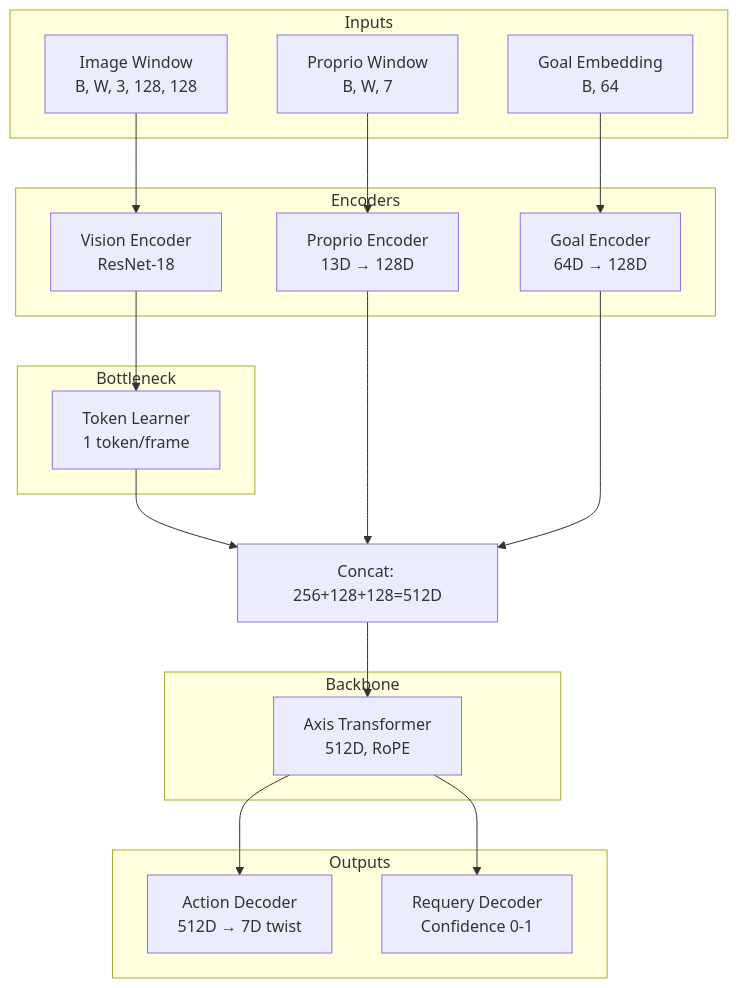
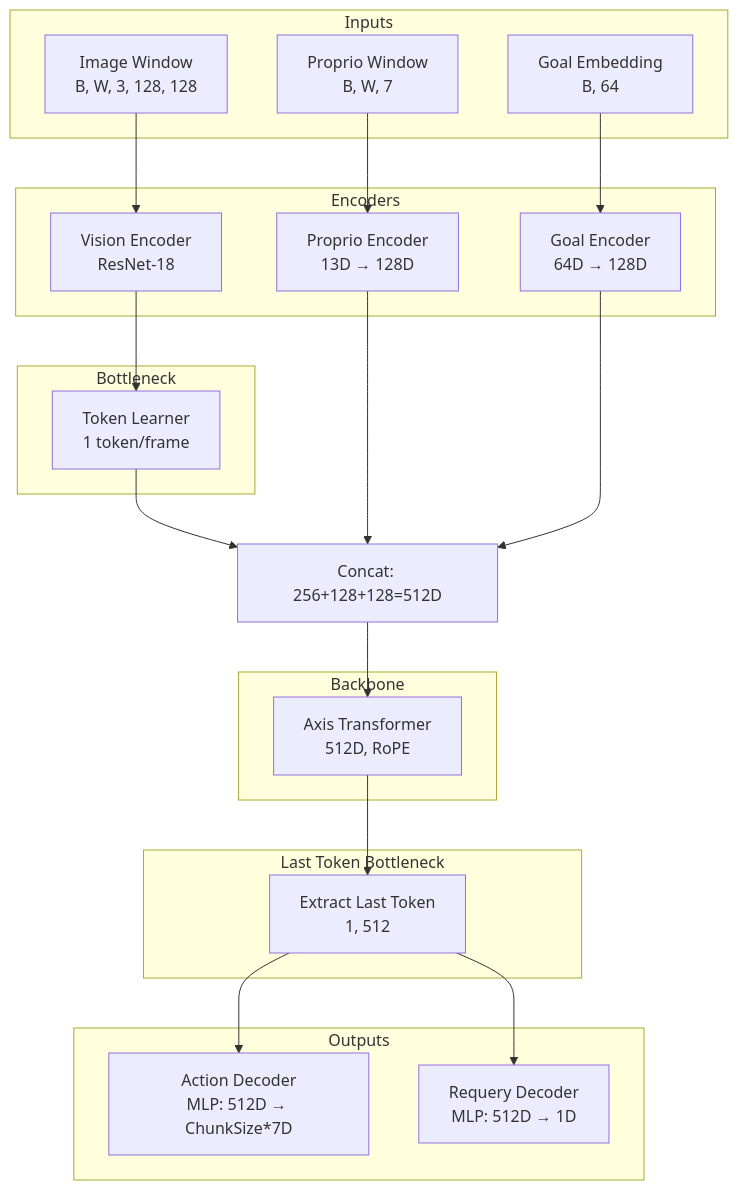
One commit to Thoooomas14/Axis changed the diagram in docs/model_design.md. Above: the diagram before and after it, drawn with Mermaid. The commit also changed other lines of this file and 5 other files, not shown here.

````diff
--- a/docs/model_design.md
+++ b/docs/model_design.md
@@ -16,39 +16,44 @@
 ```mermaid
 graph TD
     subgraph Inputs
         Img[Image Window<br/>B, W, 3, 128, 128]
         Prop[Proprio Window<br/>B, W, 7]
         Goal[Goal Embedding<br/>B, 64]
     end
 
     subgraph Encoders
         VE[Vision Encoder<br/>ResNet-18]
         PE[Proprio Encoder<br/>13D → 128D]
         GE[Goal Encoder<br/>64D → 128D]
     end
 
     subgraph Bottleneck
         TL[Token Learner<br/>1 token/frame]
     end
 
     subgraph Backbone
         T[Axis Transformer<br/>512D, RoPE]
     end
 
+    subgraph "Last Token Bottleneck"
+        LT[Extract Last Token<br/>1, 512]
+    end
+
     subgraph Outputs
-        AD[Action Decoder<br/>512D → 7D twist]
-        RD[Requery Decoder<br/>Confidence 0-1]
+        AD[Action Decoder<br/>MLP: 512D → ChunkSize*7D]
+        RD[Requery Decoder<br/>MLP: 512D → 1D]
     end
 
     Img --> VE --> TL
     Prop --> PE
     Goal --> GE
     
     TL --> Concat
     PE --> Concat
     GE --> Concat
     Concat[Concat: 256+128+128=512D] --> T
     
-    T --> AD
-    T --> RD
+    T --> LT
+    LT --> AD
+    LT --> RD
 ```
````
